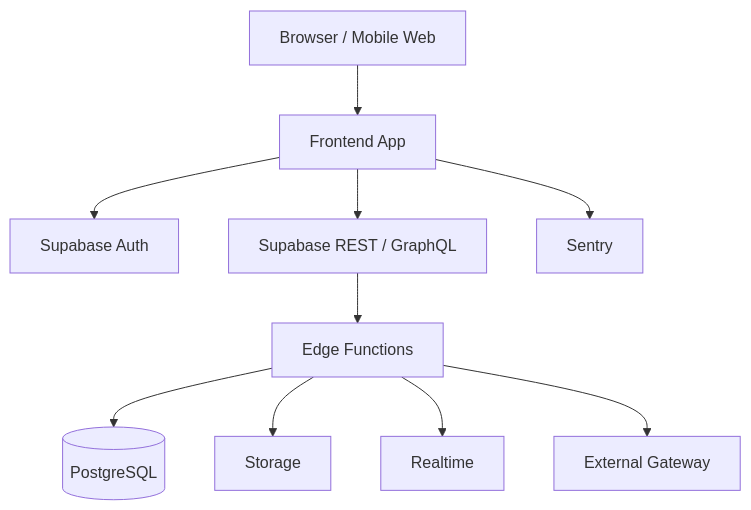
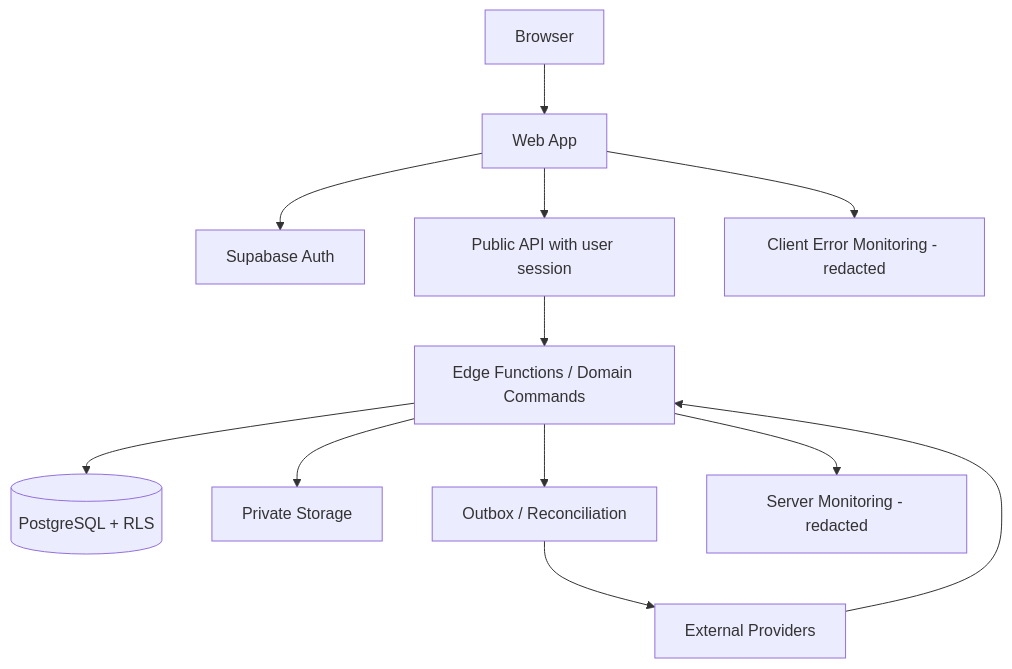
One commit to centranf1/PETORA-INDONESIA changed the diagram in docs/03-architecture/container-diagram.md. Above: the diagram before and after it, drawn with Mermaid. The commit also changed other lines of this file and 75 other files, not shown here.

````diff
--- a/docs/03-architecture/container-diagram.md
+++ b/docs/03-architecture/container-diagram.md
@@ -25,12 +34,14 @@
 ```mermaid
 flowchart TB
-A[Browser / Mobile Web] --> B[Frontend App]
+A[Browser] --> B[Web App]
 B --> C[Supabase Auth]
-B --> D[Supabase REST / GraphQL]
-D --> E[Edge Functions]
-E --> F[(PostgreSQL)]
-E --> G[Storage]
-E --> H[Realtime]
-E --> I[External Gateway]
-B --> J[Sentry]
+B --> D[Public API with user session]
+D --> E[Edge Functions / Domain Commands]
+E --> F[(PostgreSQL + RLS)]
+E --> G[Private Storage]
+E --> H[Outbox / Reconciliation]
+H --> I[External Providers]
+I --> E
+B --> J[Client Error Monitoring - redacted]
+E --> K[Server Monitoring - redacted]
 ```
````
